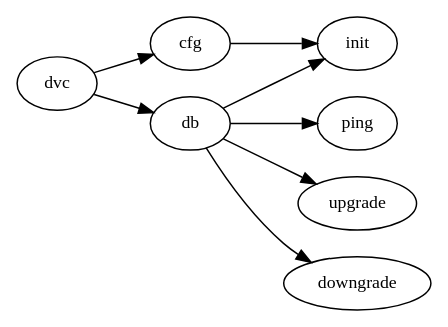
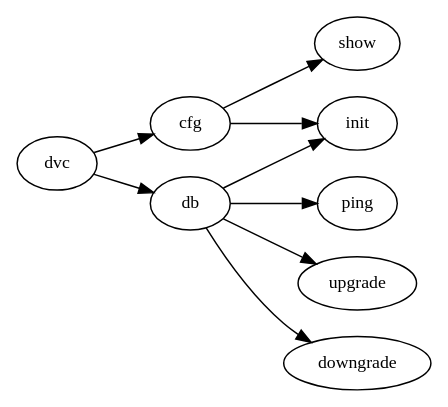
The first of 6 diagrams in docs/design/overview.rst (kenho811/Python_Database_Version_Control), drawn with Graphviz before and after one commit. The commit also changed 34 other files, not shown here.

```diff
--- a/docs/design/overview.rst
+++ b/docs/design/overview.rst
@@ -14,17 +14,17 @@
 .. graphviz::
    :name: Database Verion Control CLI Commands and Subcommands
    :caption: DVC CLI Commands and Subcommands
    :align: center
 
    digraph cli {
       graph [fontname="Verdana", fontsize="12"];
       node [fontname="Verdana", fontsize="12"];
       edge [fontname="Sans", fontsize="9"];
       rankdir="LR";
 
      dvc -> {cfg, db}
-     cfg -> init
+     cfg -> {init, show}
      db -> {ping, init, upgrade, downgrade}
 
 
    }
```
